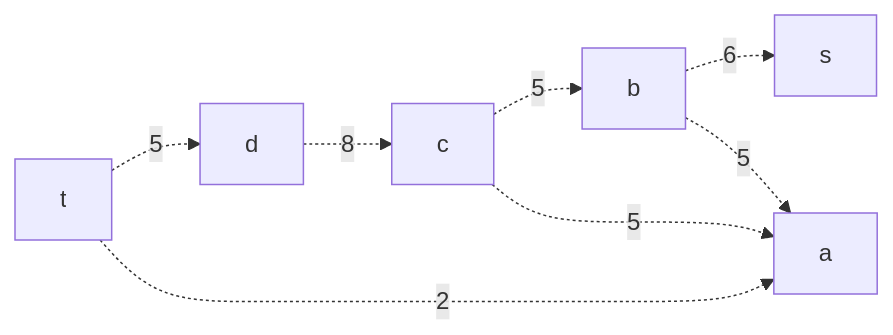
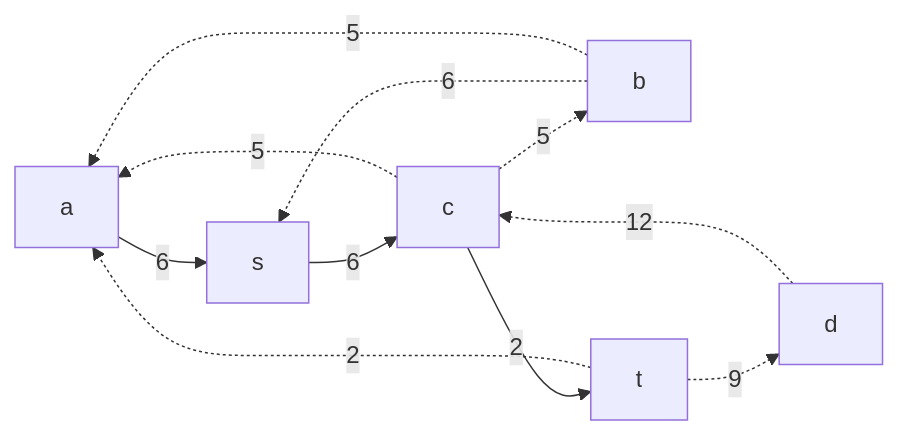
Diagram 11 of 14 in task-9/tbd-v2.md (hse-algo-24-raven/manual-tasks-raven), drawn with Mermaid before and after one commit. The commit also changed other lines of this file, not shown here.

Commit message:
graphs fix

````diff
--- a/task-9/tbd-v2.md
+++ b/task-9/tbd-v2.md
@@ -167,10 +176,13 @@
 ```mermaid
 graph LR
+    a-->|6|s
     b-.->|6|s
+    s-->|6|c
     b-.->|5|a
     c-.->|5|b
-    d-.->|8|c
-    t-.->|5|d
+    d-.->|12|c
+    c-->|2|t
+    t-.->|9|d
     c-.->|5|a
     t-.->|2|a
 ```
````
